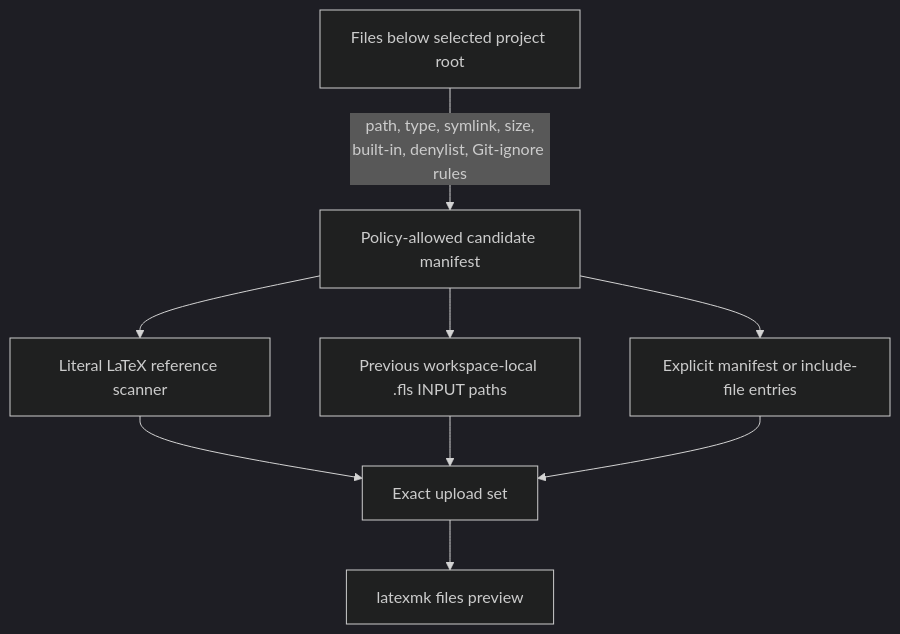
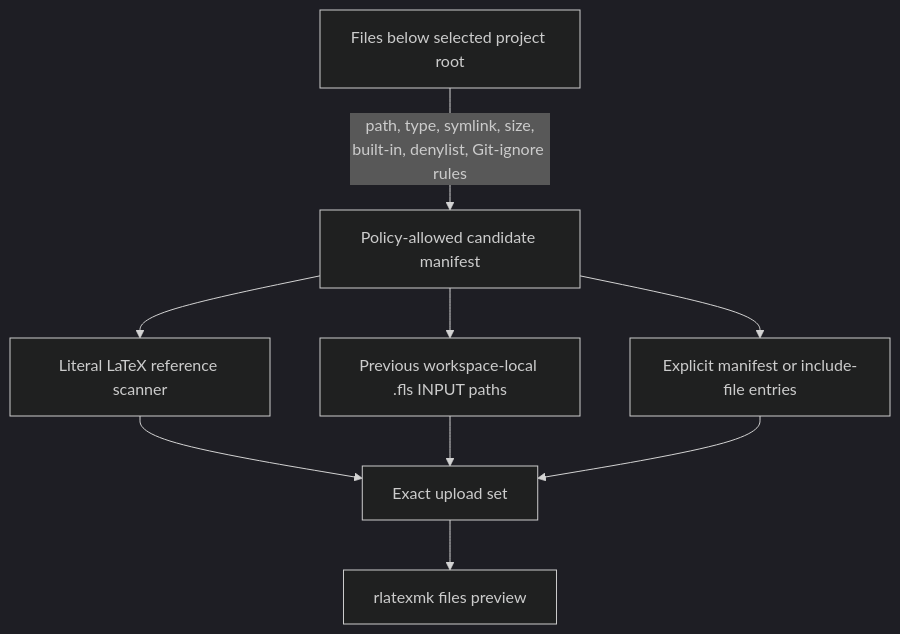
One commit to InvisCat/remote-latexmk changed the third of 4 diagrams in docs/ARCHITECTURE.md. Above: the diagram before and after it, drawn with Mermaid (dark theme). The commit also changed other lines of this file and 74 other files, not shown here.

````diff
--- a/docs/ARCHITECTURE.md
+++ b/docs/ARCHITECTURE.md
@@ -309,19 +308,19 @@
 ```mermaid
 flowchart TD
   Tree["Files below selected project root"]
   Manifest["Policy-allowed candidate manifest"]
   Static["Literal LaTeX reference scanner"]
   History["Previous workspace-local .fls INPUT paths"]
   Explicit["Explicit manifest or include-file entries"]
   Selected["Exact upload set"]
-  Preview["latexmk files preview"]
+  Preview["rlatexmk files preview"]
 
   Tree -->|"path, type, symlink, size,<br/>built-in, denylist, Git-ignore rules"| Manifest
   Manifest --> Static
   Manifest --> History
   Manifest --> Explicit
   Static --> Selected
   History --> Selected
   Explicit --> Selected
   Selected --> Preview
 ```
````
